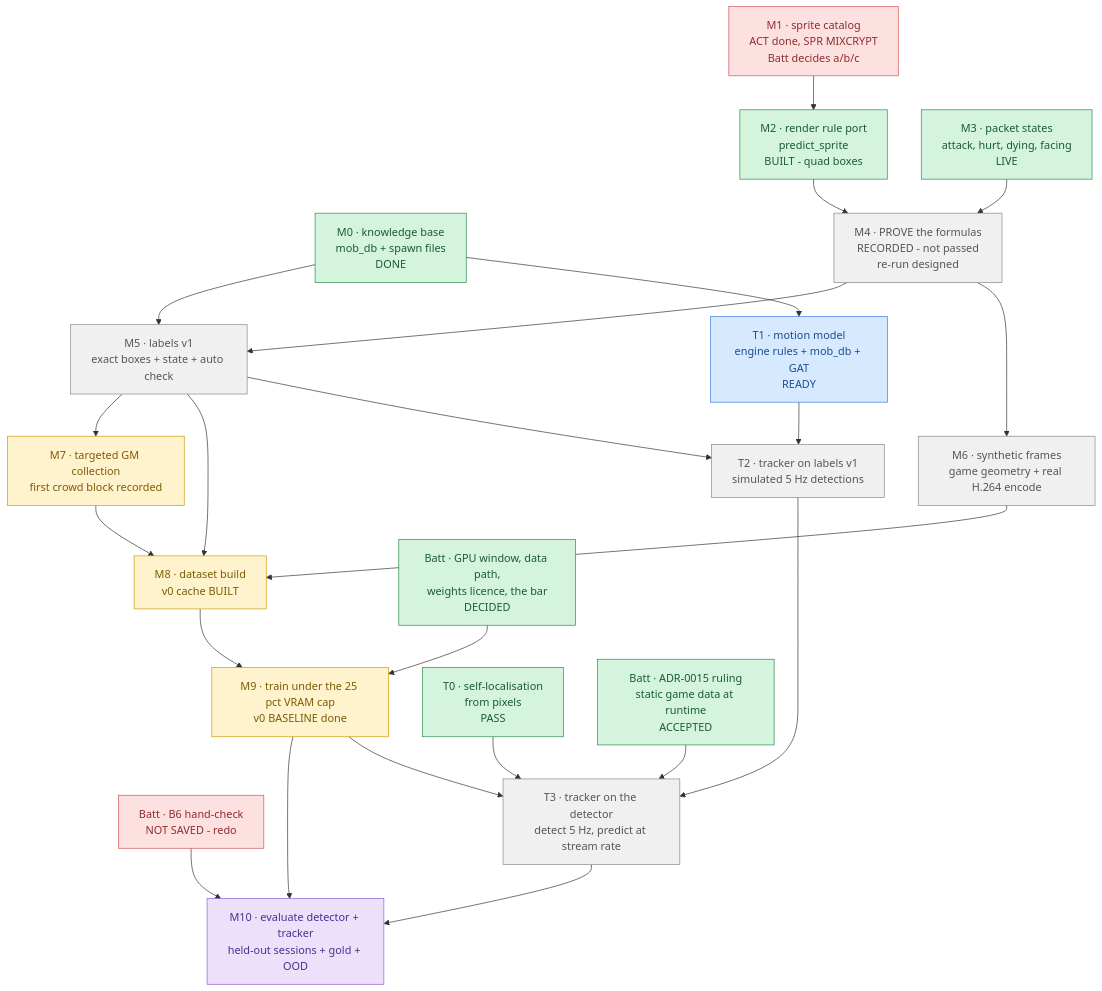
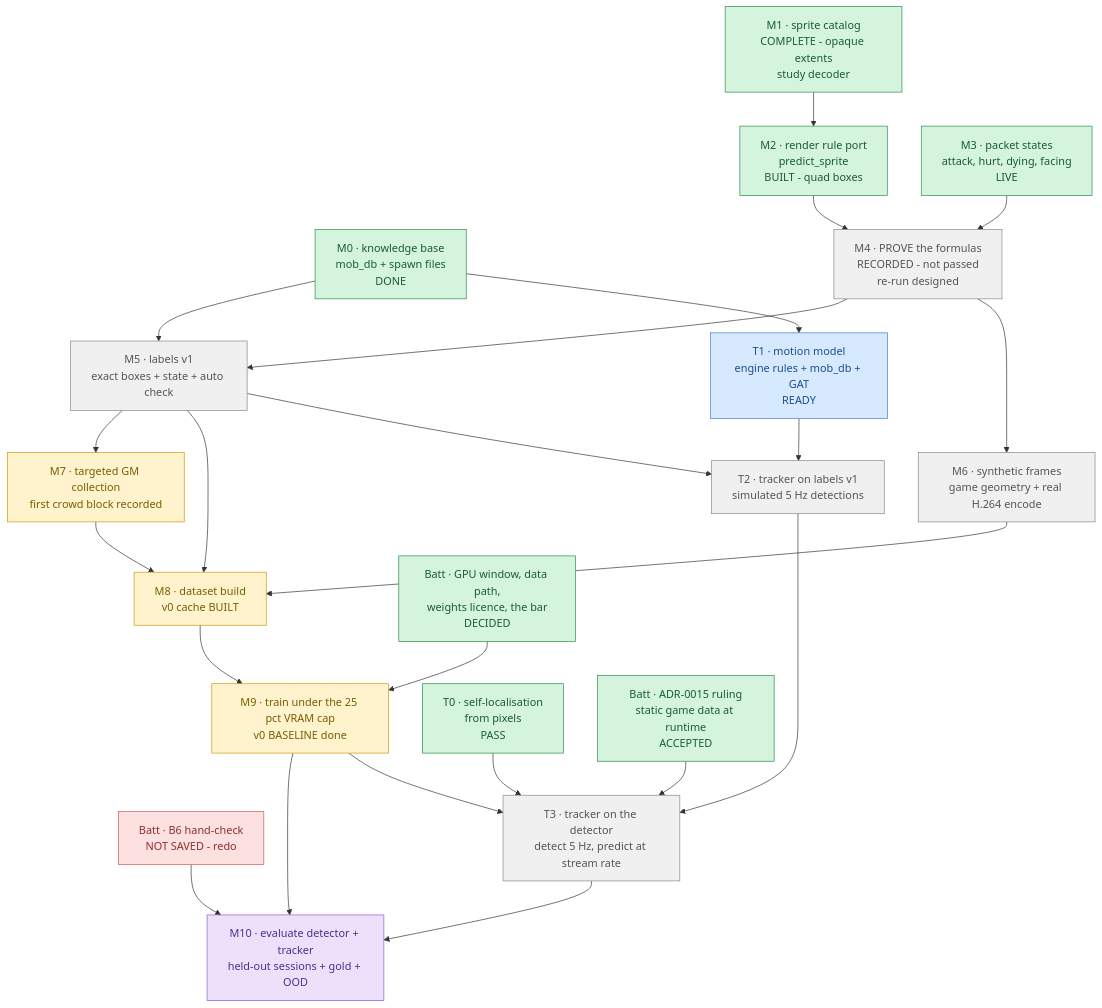
Before and after one commit to lumduan/poring-lab: the diagram in docs/phase3-plan.md, drawn with Mermaid. The commit also changed other lines of this file and 1 other file, not shown here.

Commit message:
docs(phase3): M1 complete everywhere it is stated (row, diagram, frontmatter, M4 blocker, roadmap)
Claude-Session: https://claude.ai/code/session_01HhaSQEF7ksdHyxgmJatUxT

````diff
--- a/docs/phase3-plan.md
+++ b/docs/phase3-plan.md
@@ -63,40 +63,40 @@
 ```mermaid
 flowchart TD
     M0["M0 · knowledge base<br/>mob_db + spawn files<br/>DONE"] --> M5
-    M1["M1 · sprite catalog<br/>ACT done, SPR MIXCRYPT<br/>Batt decides a/b/c"] --> M2
+    M1["M1 · sprite catalog<br/>COMPLETE - opaque extents<br/>study decoder"] --> M2
     M2["M2 · render rule port<br/>predict_sprite<br/>BUILT - quad boxes"] --> M4
     M3["M3 · packet states<br/>attack, hurt, dying, facing<br/>LIVE"] --> M4
     M4["M4 · PROVE the formulas<br/>RECORDED - not passed<br/>re-run designed"] --> M5
     M4 --> M6
     M5["M5 · labels v1<br/>exact boxes + state + auto check"] --> M7
     M5 --> M8
     M6["M6 · synthetic frames<br/>game geometry + real H.264 encode"] --> M8
     M7["M7 · targeted GM collection<br/>first crowd block recorded"] --> M8
     M8["M8 · dataset build<br/>v0 cache BUILT"] --> M9
     D1["Batt · GPU window, data path,<br/>weights licence, the bar<br/>DECIDED"] --> M9
     M9["M9 · train under the 25 pct VRAM cap<br/>v0 BASELINE done"] --> M10
     G["Batt · B6 hand-check<br/>NOT SAVED - redo"] --> M10
     M10["M10 · evaluate detector + tracker<br/>held-out sessions + gold + OOD"]
     M0 --> T1
     T1["T1 · motion model<br/>engine rules + mob_db + GAT<br/>READY"] --> T2
     M5 --> T2
     T2["T2 · tracker on labels v1<br/>simulated 5 Hz detections"] --> T3
     T0["T0 · self-localisation<br/>from pixels<br/>PASS"] --> T3
     M9 --> T3
     R["Batt · ADR-0015 ruling<br/>static game data at runtime<br/>ACCEPTED"] --> T3
     T3["T3 · tracker on the detector<br/>detect 5 Hz, predict at stream rate"] --> M10
 
     classDef done     fill:#d4f4dd,stroke:#2d8a4e,color:#1a5c33
     classDef active   fill:#fff3cd,stroke:#cc9a06,color:#7a5c04
     classDef ready    fill:#d6e9ff,stroke:#3b7dd8,color:#1e4d8f
     classDef blocked  fill:#f0f0f0,stroke:#888,color:#555
     classDef decision fill:#fde0e0,stroke:#d05555,color:#8f2e2e
     classDef goal     fill:#ede0fb,stroke:#8a5cd8,color:#4d2e8f
 
-    class M0,M2,M3,T0,D1,R done
+    class M0,M1,M2,M3,T0,D1,R done
     class M7,M8,M9 active
     class T1 ready
     class M4,M5,M6,T2,T3 blocked
-    class M1,G decision
+    class G decision
     class M10 goal
 ```
````
